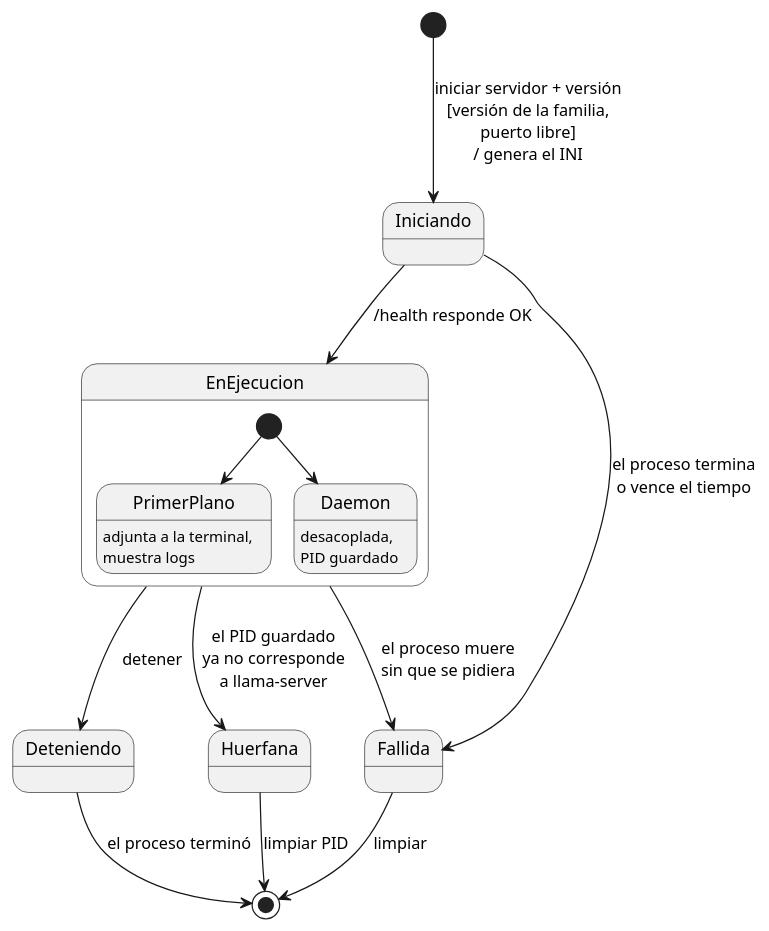
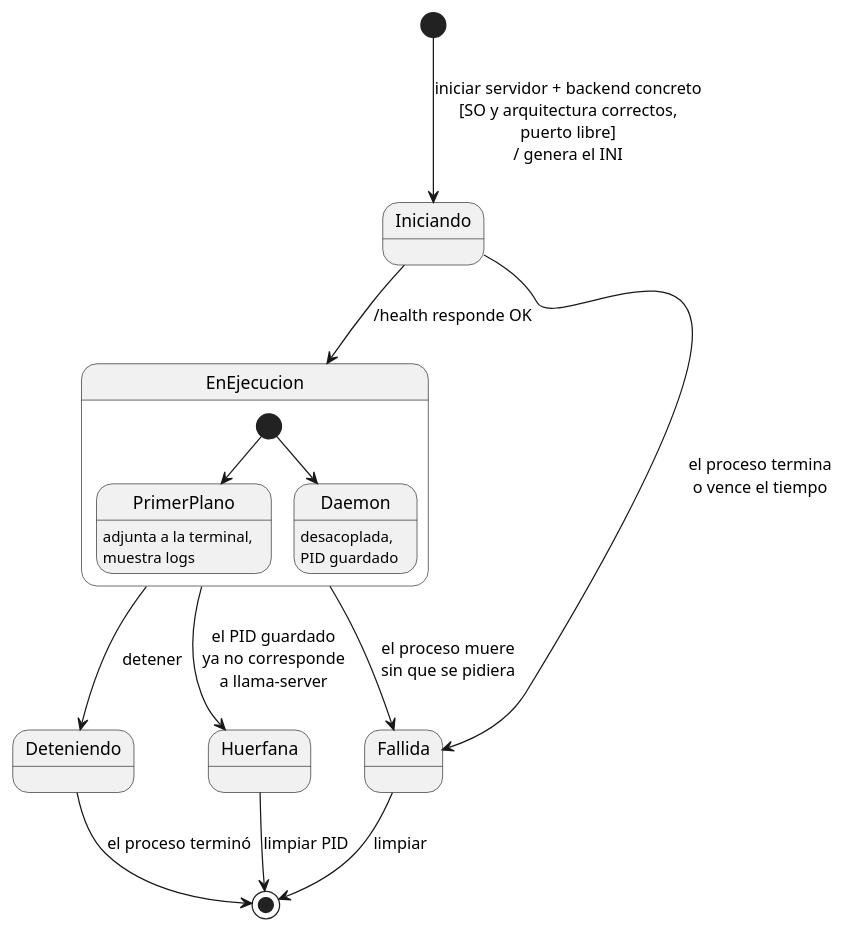
Before and after one commit to mstranich/coquena: the first of 4 diagrams in docs/estados.md, drawn with PlantUML. The commit also changed other lines of this file and 6 other files, not shown here.

````diff
--- a/docs/estados.md
+++ b/docs/estados.md
@@ -9,21 +9,21 @@
 ```plantuml
 @startuml
-[*] --> Iniciando : iniciar servidor + versión\n[versión de la familia,\npuerto libre]\n/ genera el INI
+[*] --> Iniciando : iniciar servidor + backend concreto\n[SO y arquitectura correctos,\npuerto libre]\n/ genera el INI
 Iniciando --> EnEjecucion : /health responde OK
 Iniciando --> Fallida : el proceso termina\no vence el tiempo
 EnEjecucion --> Deteniendo : detener
 Deteniendo --> [*] : el proceso terminó
 EnEjecucion --> Fallida : el proceso muere\nsin que se pidiera
 Fallida --> [*] : limpiar
 
 EnEjecucion --> Huerfana : el PID guardado\nya no corresponde\na llama-server
 Huerfana --> [*] : limpiar PID
 
 state EnEjecucion {
   [*] --> PrimerPlano
   [*] --> Daemon
   PrimerPlano : adjunta a la terminal,\nmuestra logs
   Daemon : desacoplada,\nPID guardado
 }
 @enduml
 ```
````
